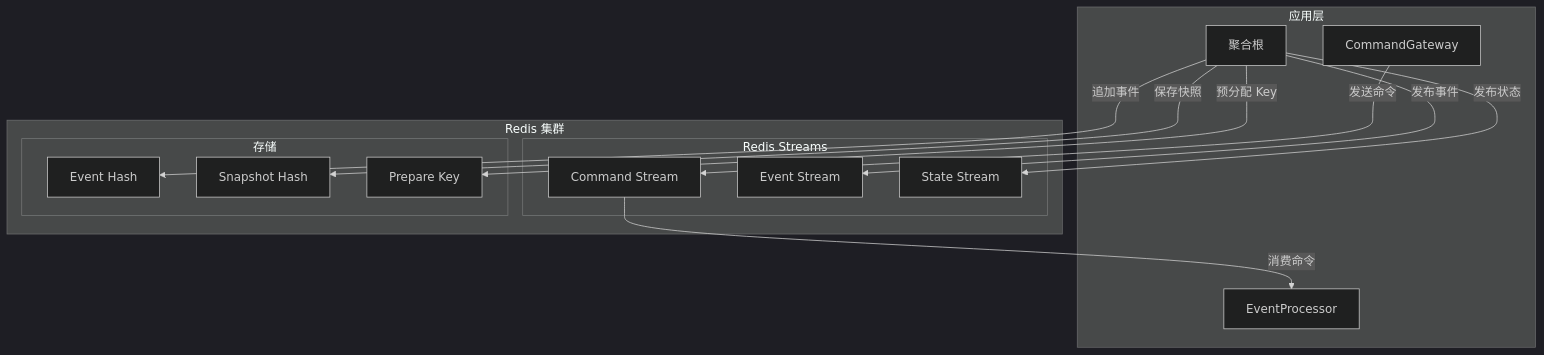
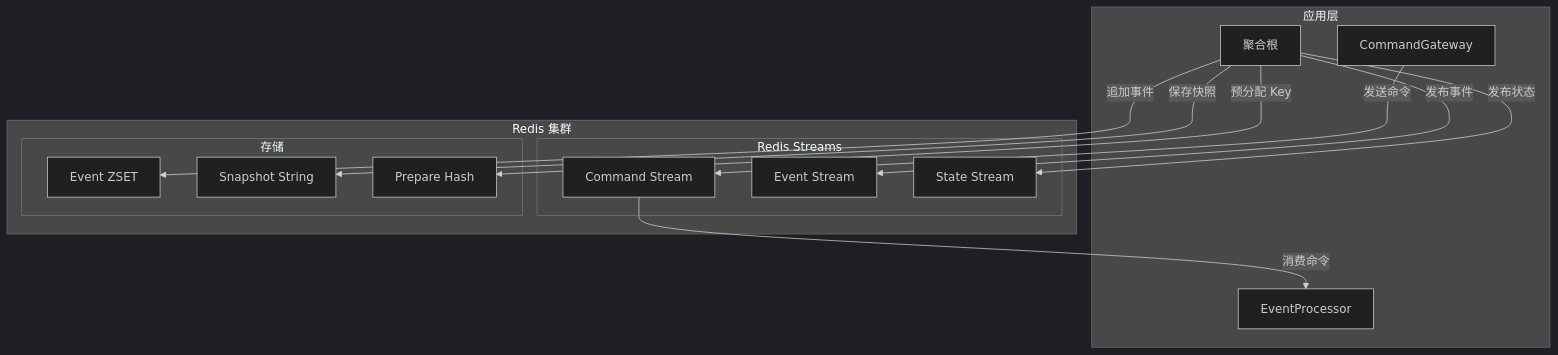
Before and after one commit to Ahoo-Wang/Wow: the diagram in documentation/docs/zh/guide/extensions/redis.md, drawn with Mermaid (dark theme). The commit also changed other lines of this file and 7 other files, not shown here.

````diff
--- a/documentation/docs/zh/guide/extensions/redis.md
+++ b/documentation/docs/zh/guide/extensions/redis.md
@@ -19,30 +19,30 @@
 ```mermaid
 flowchart TB
     subgraph Application["应用层"]
         CG[CommandGateway]
         EP[EventProcessor]
         AR[聚合根]
     end
     
     subgraph Redis["Redis 集群"]
         subgraph Streams["Redis Streams"]
             CS["Command Stream"]
             ES["Event Stream"]
             SS["State Stream"]
         end
         subgraph Storage["存储"]
-            EH["Event Hash"]
-            SH["Snapshot Hash"]
-            PK["Prepare Key"]
+            EH["Event ZSET"]
+            SH["Snapshot String"]
+            PK["Prepare Hash"]
         end
     end
     
     CG -->|发送命令| CS
     AR -->|发布事件| ES
     AR -->|发布状态| SS
     AR -->|追加事件| EH
     AR -->|保存快照| SH
     AR -->|预分配 Key| PK
     CS -->|消费命令| EP
 
 ```
````
